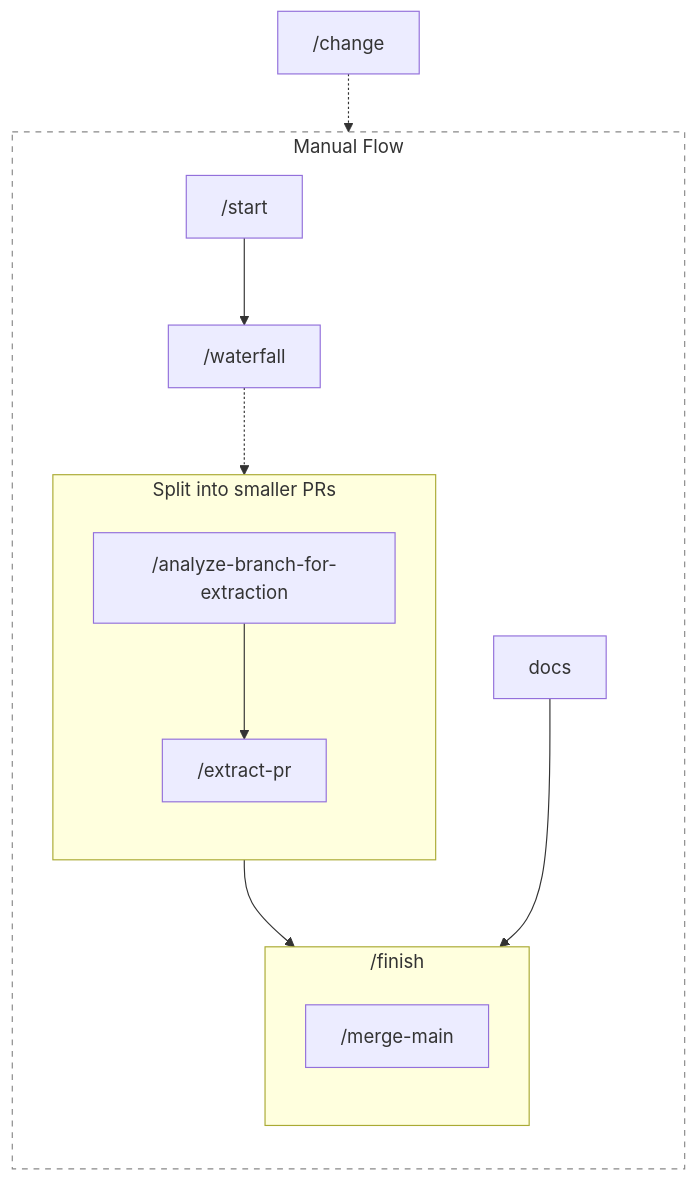
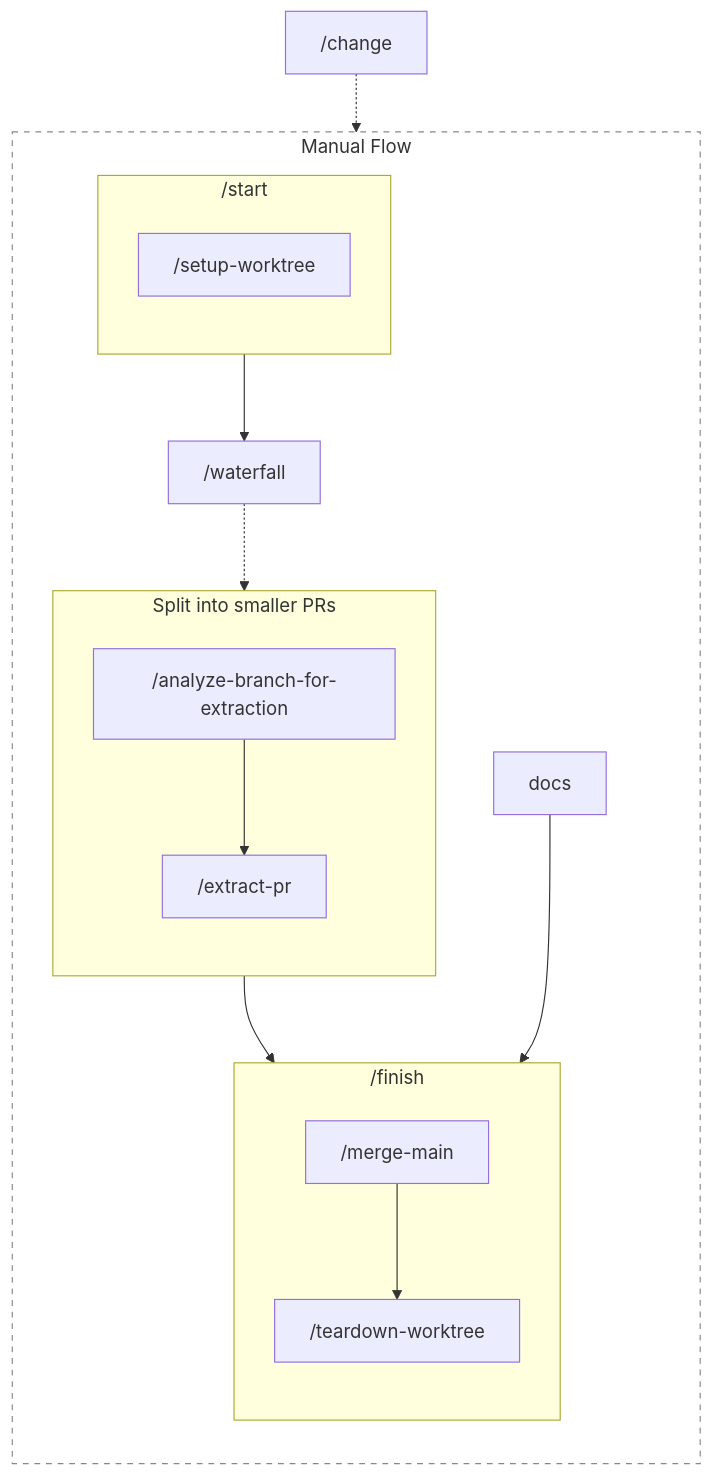
One commit to meksys-dev/mekara changed the first of 5 diagrams in docs/docs/standards/workflow.md. Above: the diagram before and after it, drawn with Mermaid. The commit also changed other lines of this file and 22 other files, not shown here.

First line of the commit message:
Extract setup-worktree and teardown-worktree scripts, generalize bundled scripts

````diff
--- a/docs/docs/standards/workflow.md
+++ b/docs/docs/standards/workflow.md
@@ -39,22 +39,27 @@
 ```mermaid
 flowchart TB
-    change_cmd["/change"] -.-> start["/start"]
+    change_cmd["/change"] -.-> start_flow
 
     subgraph manual_flow["Manual Flow"]
       direction TB
-      start --> waterfall["/waterfall"] -.-> extract_flow[Extract PRs] --> finish_flow
+      start_flow --> waterfall["/waterfall"] -.-> extract_flow[Extract PRs] --> finish_flow
       docs --> finish_flow
+    end
+
+    subgraph start_flow["/start"]
+      direction TB
+      setup["/setup-worktree"]
     end
 
     subgraph extract_flow["Split into smaller PRs"]
       direction TB
       analyze["/analyze-branch-for-extraction"] --> extract["/extract-pr"]
     end
 
     subgraph finish_flow["/finish"]
       direction TB
-      merge["/merge-main"]
+      merge["/merge-main"] --> teardown["/teardown-worktree"]
     end
 
     style manual_flow fill:transparent,stroke:#888,stroke-dasharray:5 5
 ```
````
